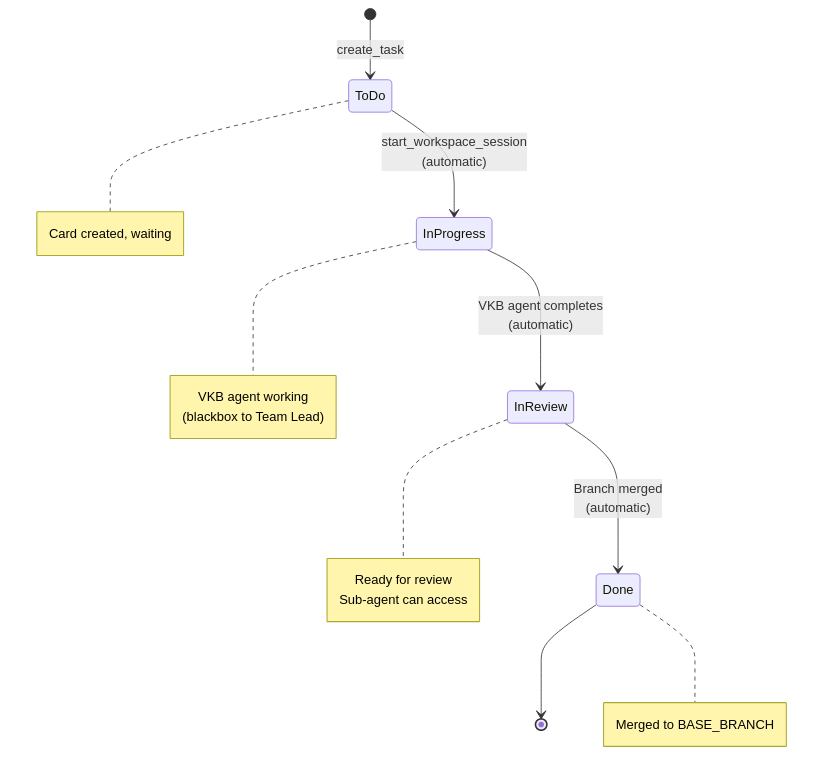
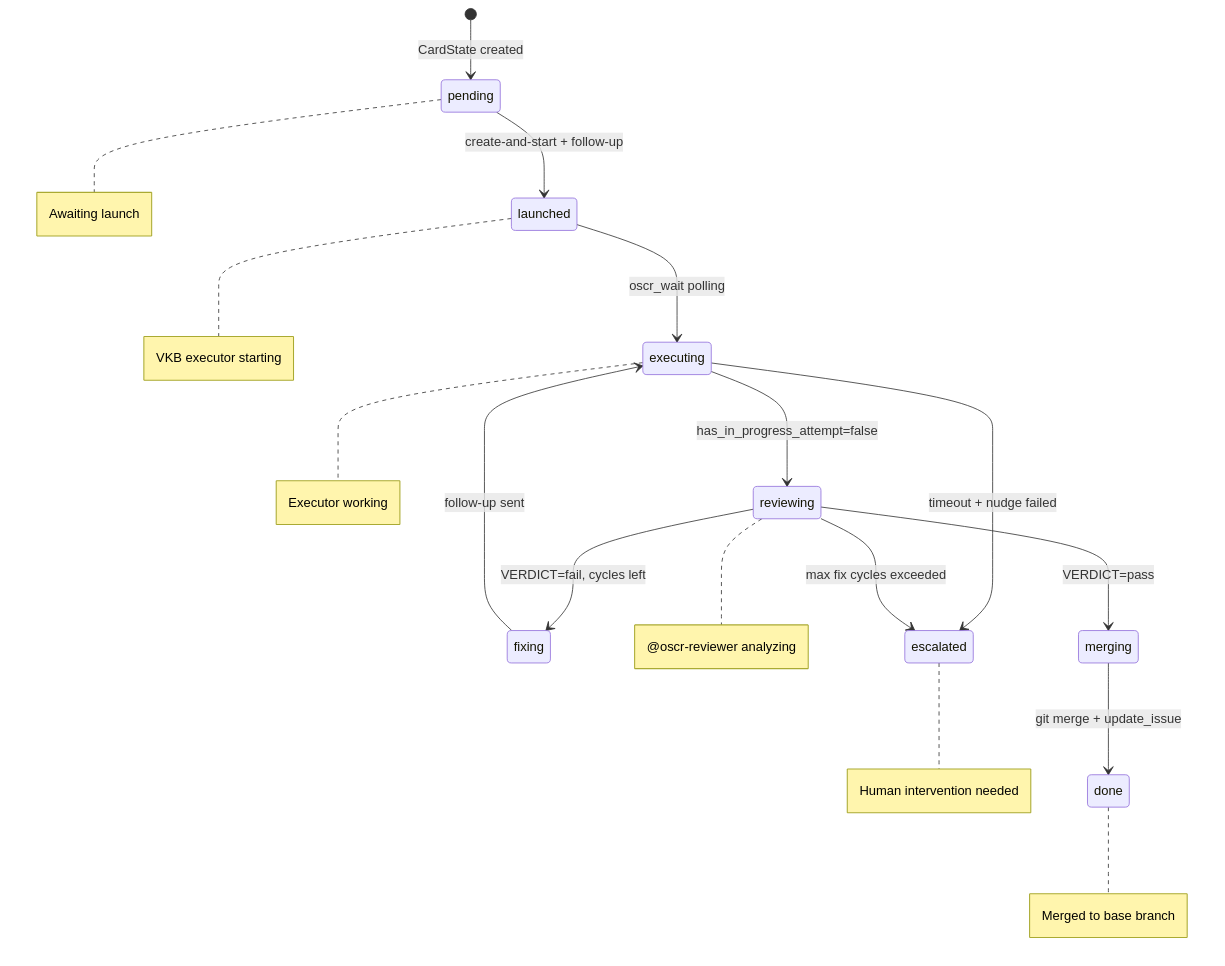
The second of 4 diagrams in docs/diagrams.md (devensoft/opencode-vkb-oscr), drawn with Mermaid before and after one commit. The commit also changed other lines of this file and 9 other files, not shown here.

First line of the commit message:
docs: update all documentation for new architecture

````diff
--- a/docs/diagrams.md
+++ b/docs/diagrams.md
@@ -87,14 +83,20 @@
 ```mermaid
 stateDiagram-v2
-    [*] --> ToDo: create_task
-    ToDo --> InProgress: start_workspace_session<br/>(automatic)
-    InProgress --> InReview: VKB agent completes<br/>(automatic)
-    InReview --> Done: Branch merged<br/>(automatic)
-    Done --> [*]
+    [*] --> pending: CardState created
+    pending --> launched: create-and-start + follow-up
+    launched --> executing: oscr_wait polling
+    executing --> reviewing: has_in_progress_attempt=false
+    reviewing --> fixing: VERDICT=fail, cycles left
+    fixing --> executing: follow-up sent
+    reviewing --> merging: VERDICT=pass
+    merging --> done: git merge + update_issue
+    executing --> escalated: timeout + nudge failed
+    reviewing --> escalated: max fix cycles exceeded
     
-    note right of ToDo: Card created, waiting
-    note right of InProgress: VKB agent working<br/>(blackbox to Team Lead)
-    note right of InReview: Ready for review<br/>Sub-agent can access
-    note right of Done: Merged to BASE_BRANCH
-
+    note right of pending: Awaiting launch
+    note right of launched: VKB executor starting
+    note right of executing: Executor working
+    note right of reviewing: @oscr-reviewer analyzing
+    note right of done: Merged to base branch
+    note right of escalated: Human intervention needed
 ```
````
